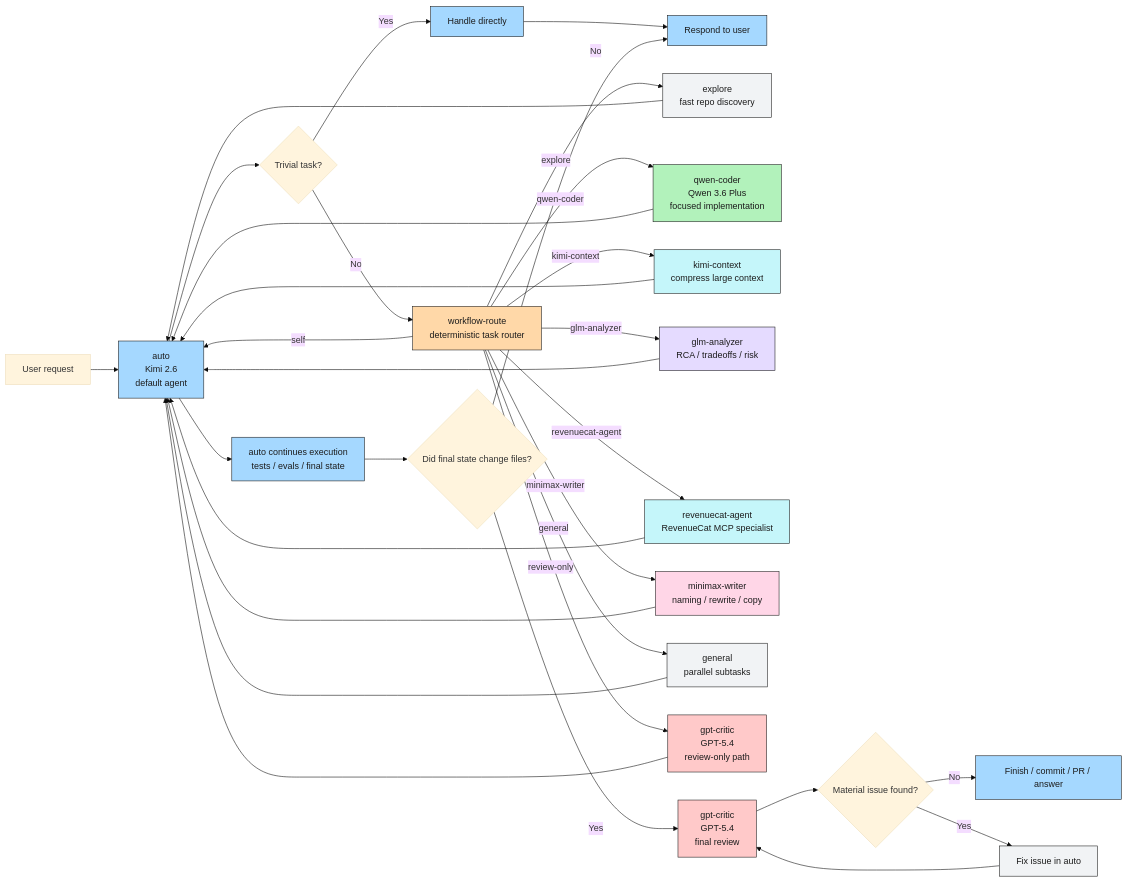
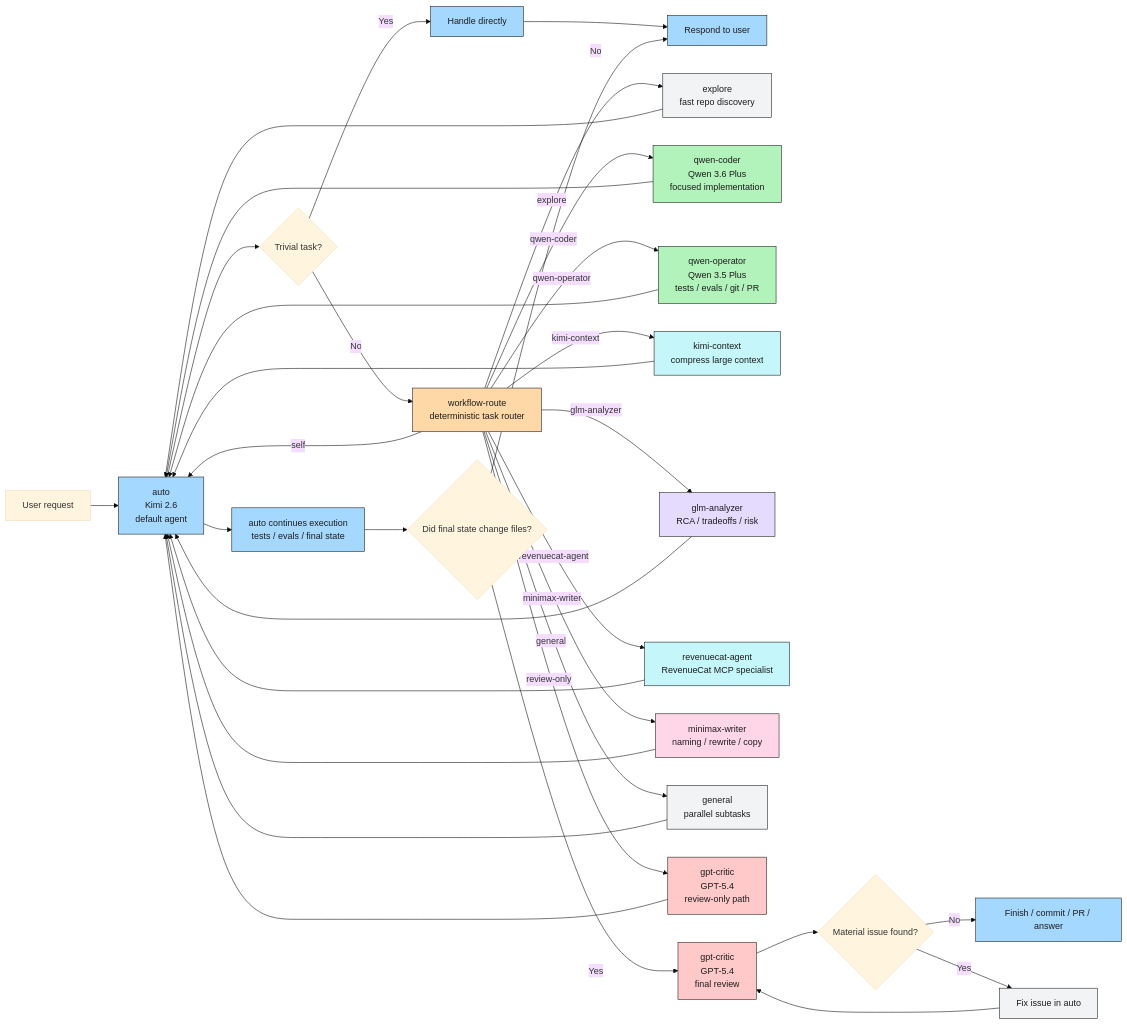
The diagram in opencode/WORKFLOW_DIAGRAM.md (bpinheiroms/my-setup), drawn with Mermaid (base theme) before and after one commit. The commit also changed 6 other files, not shown here.

````diff
--- a/opencode/WORKFLOW_DIAGRAM.md
+++ b/opencode/WORKFLOW_DIAGRAM.md
@@ -9,59 +9,62 @@
 ```mermaid
 flowchart LR
     U[User request] --> A[auto<br/>Kimi 2.6<br/>default agent]
 
     A --> T{Trivial task?}
     T -->|Yes| D[Handle directly]
     D --> R[Respond to user]
 
     T -->|No| WR[workflow-route<br/>deterministic task router]
 
     WR -->|self| A
     WR -->|explore| EX[explore<br/>fast repo discovery]
     WR -->|qwen-coder| QC[qwen-coder<br/>Qwen 3.6 Plus<br/>focused implementation]
+    WR -->|qwen-operator| QO[qwen-operator<br/>Qwen 3.5 Plus<br/>tests / evals / git / PR]
     WR -->|kimi-context| KC[kimi-context<br/>compress large context]
     WR -->|glm-analyzer| GA[glm-analyzer<br/>RCA / tradeoffs / risk]
     WR -->|revenuecat-agent| RC[revenuecat-agent<br/>RevenueCat MCP specialist]
     WR -->|minimax-writer| MW[minimax-writer<br/>naming / rewrite / copy]
     WR -->|general| GE[general<br/>parallel subtasks]
     WR -->|review-only| GR[gpt-critic<br/>GPT-5.4<br/>review-only path]
 
     EX --> A
     QC --> A
+    QO --> A
     KC --> A
     GA --> A
     RC --> A
     MW --> A
     GE --> A
     GR --> A
 
     A --> E[auto continues execution<br/>tests / evals / final state]
     E --> C{Did final state change files?}
 
     C -->|No| R
     C -->|Yes| G[gpt-critic<br/>GPT-5.4<br/>final review]
 
     G --> M{Material issue found?}
     M -->|No| F[Finish / commit / PR / answer]
     M -->|Yes| FX[Fix issue in auto]
     FX --> G
 
     classDef primary fill:#A5D8FF,stroke:#1c1c1c,color:#1c1c1c;
     classDef router fill:#FFD8A8,stroke:#1c1c1c,color:#1c1c1c;
     classDef code fill:#B2F2BB,stroke:#1c1c1c,color:#1c1c1c;
     classDef context fill:#C5F6FA,stroke:#1c1c1c,color:#1c1c1c;
     classDef analysis fill:#E5DBFF,stroke:#1c1c1c,color:#1c1c1c;
     classDef writing fill:#FFD6E7,stroke:#1c1c1c,color:#1c1c1c;
     classDef review fill:#FFC9C9,stroke:#1c1c1c,color:#1c1c1c;
     classDef neutral fill:#F1F3F5,stroke:#1c1c1c,color:#1c1c1c;
 
     class A,D,E,F,R primary;
     class WR router;
     class QC code;
+    class QO code;
     class KC context;
     class GA analysis;
     class RC context;
     class MW writing;
     class G,GR review;
     class EX,GE,FX neutral;
 ```
````
